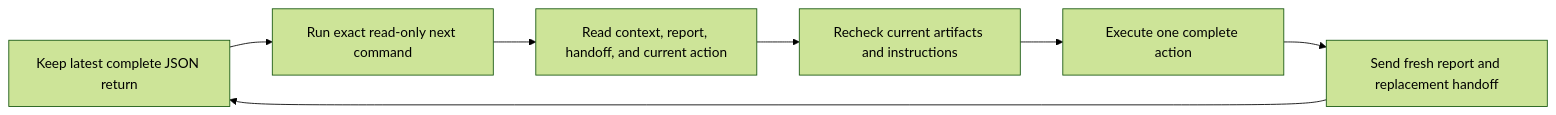
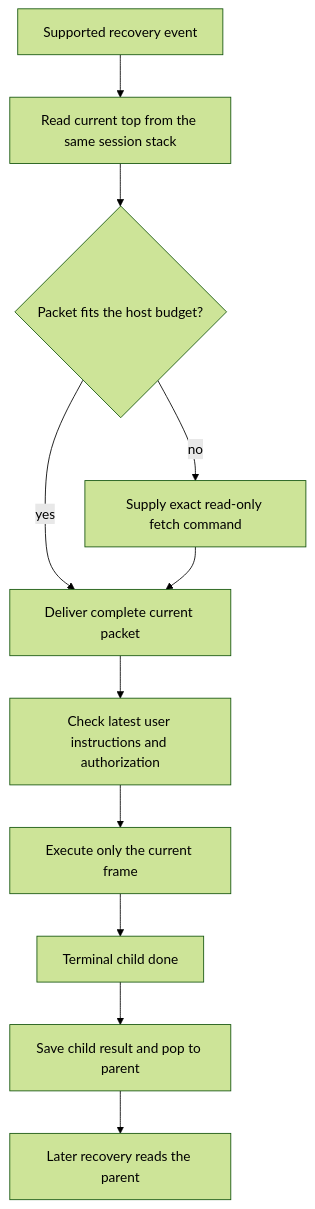
The fifth of 6 diagrams in README.md (whichguy/until-loop), drawn with Mermaid (forest theme) before and after one commit. The commit also changed other lines of this file and 29 other files, not shown here.

First line of the commit message:
feat: Until Loop 0.9.0 durable nested loops and host recovery

````diff
--- a/README.md
+++ b/README.md
@@ -293,9 +321,13 @@
 ```mermaid
-flowchart LR
-    Return[Keep latest complete JSON return] --> Next[Run exact read-only next command]
-    Next --> Packet[Read context, report, handoff, and current action]
-    Packet --> Recheck[Recheck current artifacts and instructions]
-    Recheck --> Execute[Execute one complete action]
-    Execute --> Callback[Send fresh report and replacement handoff]
-    Callback --> Return
+flowchart TD
+    Host[Supported recovery event] --> Read[Read current top from the same session stack]
+    Read --> Fits{Packet fits the host budget?}
+    Fits -->|yes| Packet[Deliver complete current packet]
+    Fits -->|no| Fetch[Supply exact read-only fetch command]
+    Fetch --> Packet
+    Packet --> Policy[Check latest user instructions and authorization]
+    Policy --> Work[Execute only the current frame]
+    Work --> Done[Terminal child done]
+    Done --> Pop[Save child result and pop to parent]
+    Pop --> Next[Later recovery reads the parent]
 ```
````
